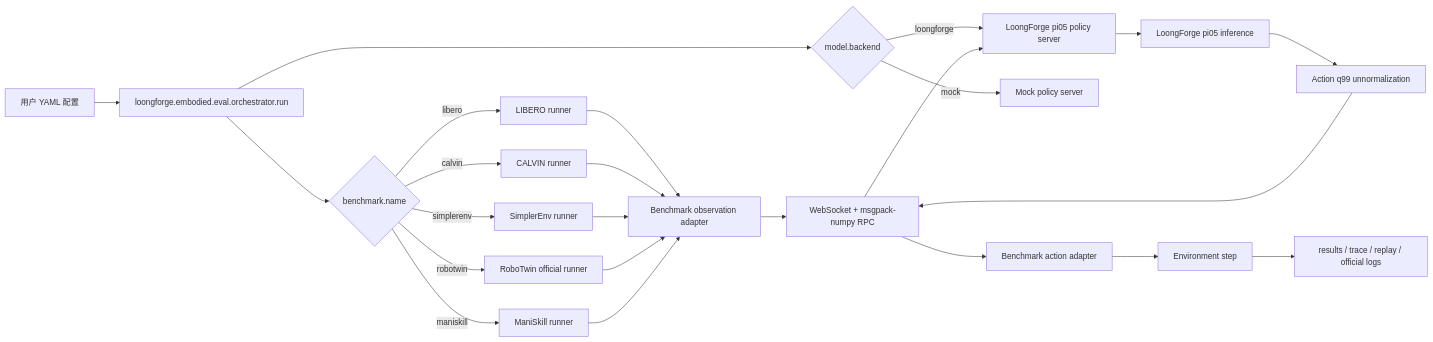
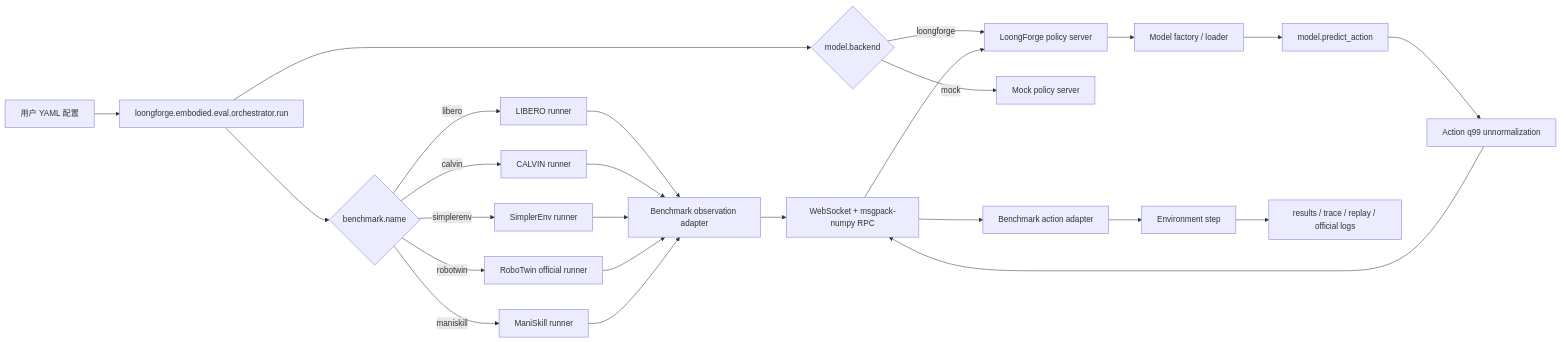
Before and after one commit to NeosZhang/LoongForge: the diagram in loongforge/embodied/eval/user_guide.md, drawn with Mermaid. The commit also changed other lines of this file and 20 other files, not shown here.

````diff
--- a/loongforge/embodied/eval/user_guide.md
+++ b/loongforge/embodied/eval/user_guide.md
@@ -17,26 +17,27 @@
 ```mermaid
 flowchart LR
     A[用户 YAML 配置] --> B[loongforge.embodied.eval.orchestrator.run]
     B --> C{benchmark.name}
     C -->|libero| D[LIBERO runner]
     C -->|calvin| Q[CALVIN runner]
     C -->|simplerenv| E[SimplerEnv runner]
     C -->|robotwin| F[RoboTwin official runner]
     C -->|maniskill| R[ManiSkill runner]
     B --> G{model.backend}
-    G -->|loongforge| H[LoongForge pi05 policy server]
+    G -->|loongforge| H[LoongForge policy server]
     G -->|mock| I[Mock policy server]
     D --> J[Benchmark observation adapter]
     Q --> J
     E --> J
     F --> J
     R --> J
     J --> K[WebSocket + msgpack-numpy RPC]
     K --> H
-    H --> L[LoongForge pi05 inference]
+    H --> S[Model factory / loader]
+    S --> L[model.predict_action]
     L --> M[Action q99 unnormalization]
     M --> K
     K --> N[Benchmark action adapter]
     N --> O[Environment step]
     O --> P[results / trace / replay / official logs]
 ```
````
